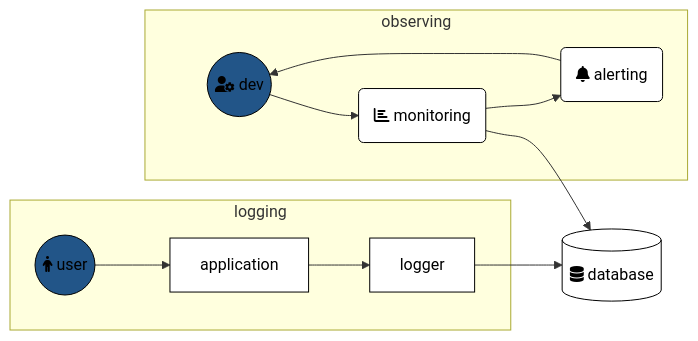
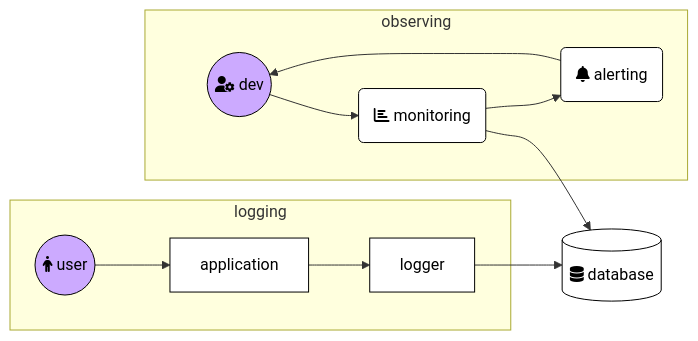
Before and after one commit to byucsstudent/cs240v2: the first of 2 diagrams in instruction/logging/logging.md, drawn with Mermaid. The commit also changed other lines of this file, not shown here.

````diff
--- a/instruction/logging/logging.md
+++ b/instruction/logging/logging.md
@@ -25,25 +23,25 @@
 ```mermaid
 graph LR
 
 classDef default fill:#ffffff,stroke:#000000,color:#000000,stroke-width:1px;
 
 dev((fa:fa-user-cog dev))
 user((fa:fa-person user))
 database[(fa:fa-database database)]
 monitoring(fa:fa-chart-bar monitoring)
 alerting(fa:fa-bell alerting)
 
-classDef a fill:#258
+classDef a fill:#caf
 
 subgraph "logging"
 user:::a --> application
 application --> logger
 end
 logger --> database
 dev:::a --> monitoring
 monitoring --> database
 subgraph "observing"
 monitoring --> alerting
 alerting --> dev
 end
 ```
````
